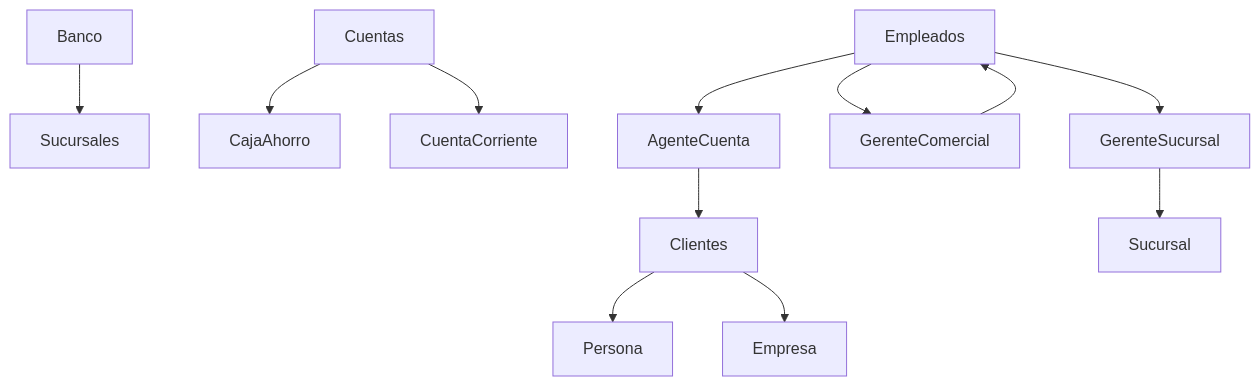
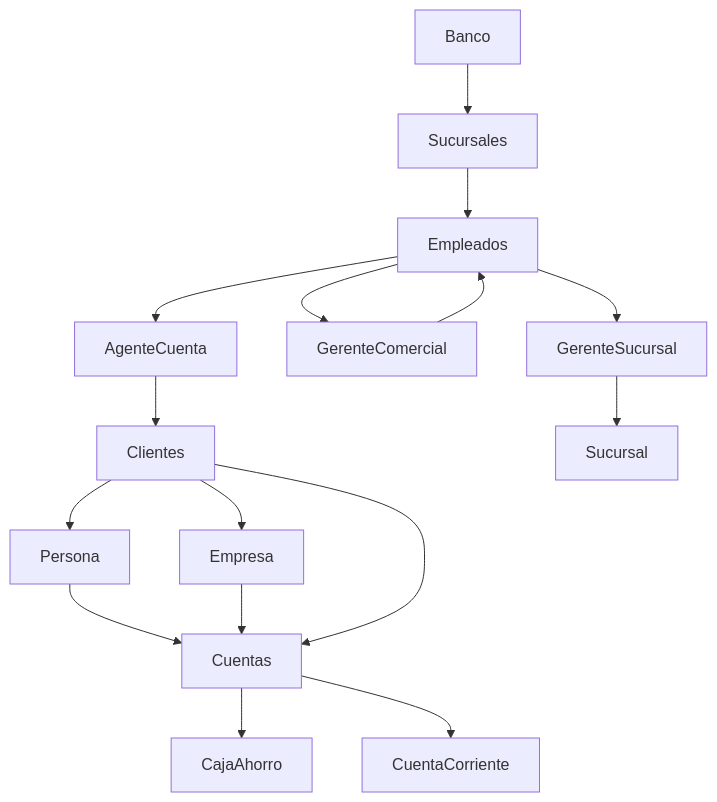
One commit to C215714N/EducacionIT changed the diagram in banco_relaciones.md. Above: the diagram before and after it, drawn with Mermaid. The commit also changed other lines of this file, not shown here.

Commit message:
diagrama de relaciones de un banco

````diff
--- a/banco_relaciones.md
+++ b/banco_relaciones.md
@@ -3,11 +3,13 @@
 ```mermaid
 graph TD;
     Banco-->Sucursales;
-    Clientes-->Persona;
-    Clientes-->Empresa;
+    Sucursales-->Empleados;
+    Clientes-->Persona-->Cuentas;
+    Clientes-->Empresa-->Cuentas;
+    Clientes-->Cuentas;
     Cuentas-->CajaAhorro;
     Cuentas-->CuentaCorriente;
     Empleados-->AgenteCuenta-->Clientes;
     Empleados-->GerenteComercial-->Empleados;
     Empleados-->GerenteSucursal-->Sucursal;
 ```
````
